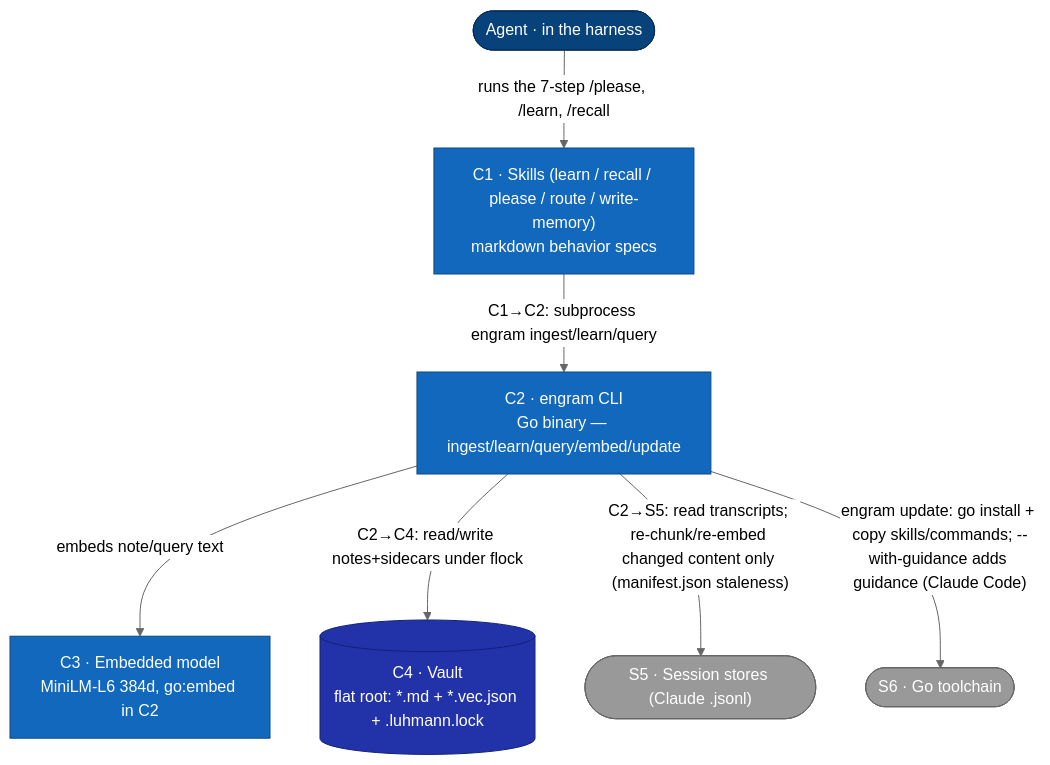
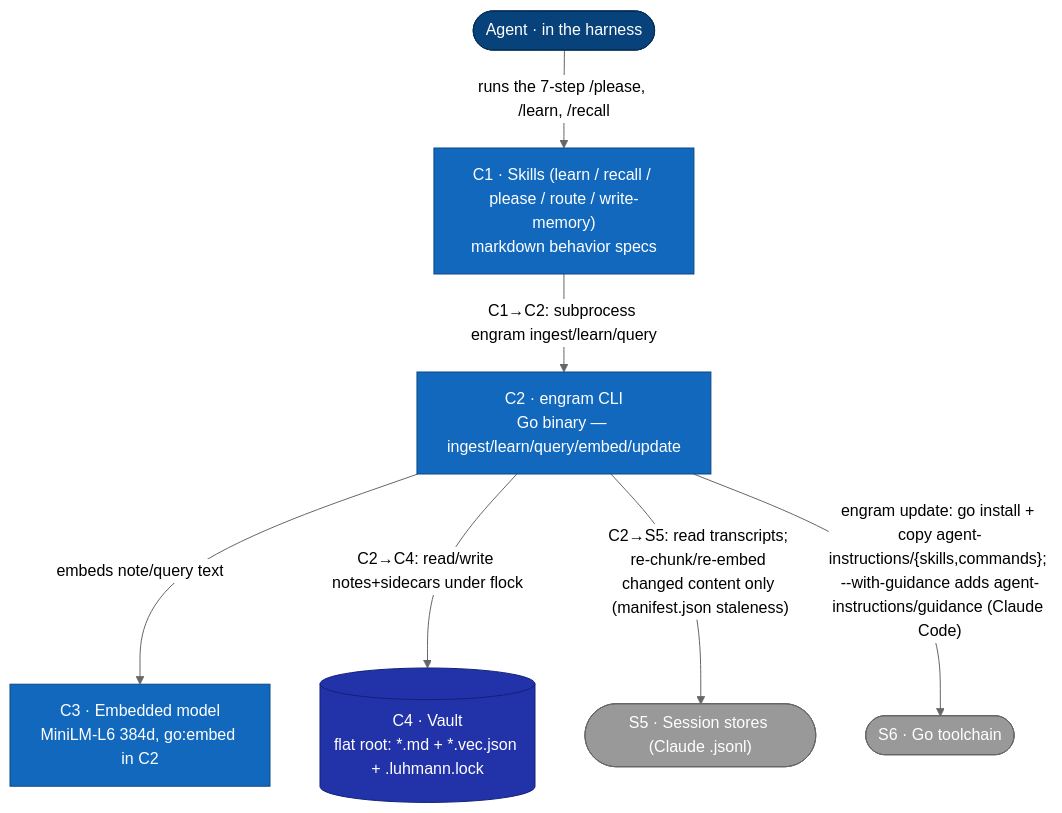
Before and after one commit to toejough/engram: the first of 8 diagrams in docs/architecture/c2-containers.md, drawn with Mermaid (neutral theme). The commit also changed other lines of this file and 49 other files, not shown here.

First line of the commit message:
refactor: move agent instruction sources under agent-instructions/ (#697)

````diff
--- a/docs/architecture/c2-containers.md
+++ b/docs/architecture/c2-containers.md
@@ -10,27 +10,27 @@
 ```mermaid
 flowchart TB
     classDef person    fill:#08427b,stroke:#052e56,color:#fff
     classDef external  fill:#999,   stroke:#666,   color:#fff
     classDef container fill:#1168bd,stroke:#0b4884,color:#fff
     classDef store     fill:#23a,   stroke:#127,   color:#fff
 
     agent([Agent · in the harness])
     skills["C1 · Skills (learn / recall / please / route / write-memory)<br/>markdown behavior specs"]
     cli["C2 · engram CLI<br/>Go binary — ingest/learn/query/embed/update"]
     model["C3 · Embedded model<br/>MiniLM-L6 384d, go:embed in C2"]
     vault[("C4 · Vault<br/>flat root: *.md + *.vec.json + .luhmann.lock")]
     sessions(["S5 · Session stores (Claude .jsonl)"])
     gotool(["S6 · Go toolchain"])
 
     agent -->|"runs the 7-step /please, /learn, /recall"| skills
     skills -->|"C1→C2: subprocess engram ingest/learn/query"| cli
     cli -->|"embeds note/query text"| model
     cli -->|"C2→C4: read/write notes+sidecars under flock"| vault
     cli -->|"C2→S5: read transcripts; re-chunk/re-embed changed content only (manifest.json staleness)"| sessions
-    cli -->|"engram update: go install + copy skills/commands; --with-guidance adds guidance (Claude Code)"| gotool
+    cli -->|"engram update: go install + copy agent-instructions/{skills,commands}; --with-guidance adds agent-instructions/guidance (Claude Code)"| gotool
 
     class agent person
     class skills,cli,model container
     class vault store
     class sessions,gotool external
 ```
````
